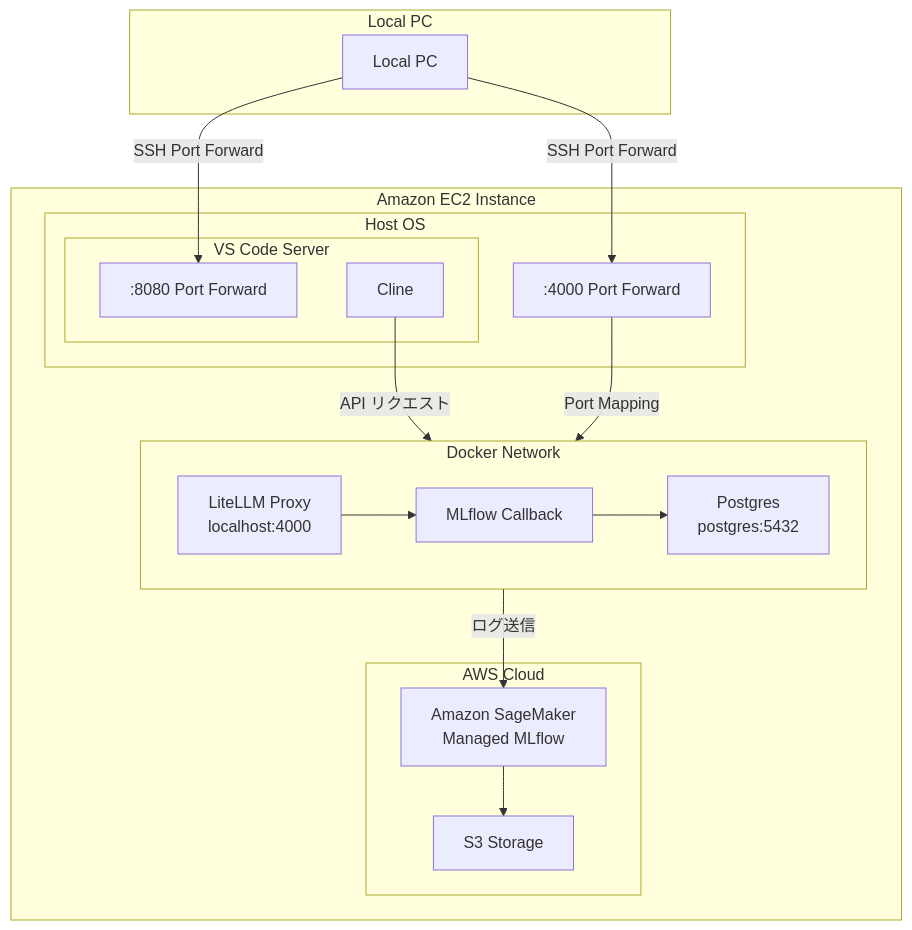
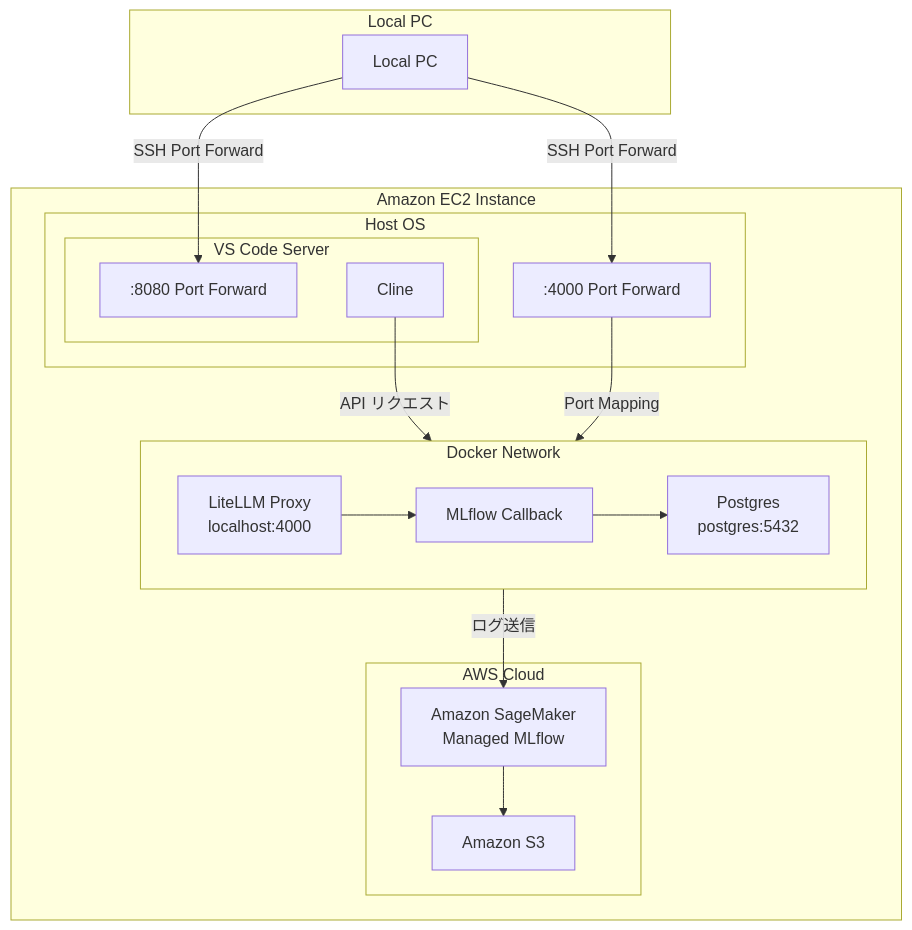
One commit to littlemex/aws-samples changed the third of 3 diagrams in workshops/ai-coding-workshop/cline/manuals/workshops/mlflow.md. Above: the diagram before and after it, drawn with Mermaid. The commit also changed other lines of this file, not shown here.

````diff
--- a/workshops/ai-coding-workshop/cline/manuals/workshops/mlflow.md
+++ b/workshops/ai-coding-workshop/cline/manuals/workshops/mlflow.md
@@ -112,41 +112,41 @@
 ```mermaid
 graph TB
     subgraph "Local PC"
         MB[Local PC]
     end
 
     subgraph "Amazon EC2 Instance"
         subgraph "Host OS"
             subgraph "VS Code Server"
                PF2[":8080 Port Forward"]
                CP[Cline]
             end
             
             PF1[":4000 Port Forward"]
         end
 
         subgraph "Docker Network"
             direction LR
             LL[LiteLLM Proxy<br/>localhost:4000]
             MC[MLflow Callback]
             PG[Postgres<br/>postgres:5432]
             
             LL --> MC
             MC --> PG
         end
 
         subgraph "AWS Cloud"
             MS[Amazon SageMaker<br/>Managed MLflow]
-            S3[S3 Storage]
+            S3[Amazon S3]
             
             MS --> S3
         end
 
         CP -- "API リクエスト" --> LL
         MC -- "ログ送信" --> MS
         PF1 -- "Port Mapping" --> LL
     end
 
     MB -- "SSH Port Forward" --> PF1
     MB -- "SSH Port Forward" --> PF2
 ```
````
